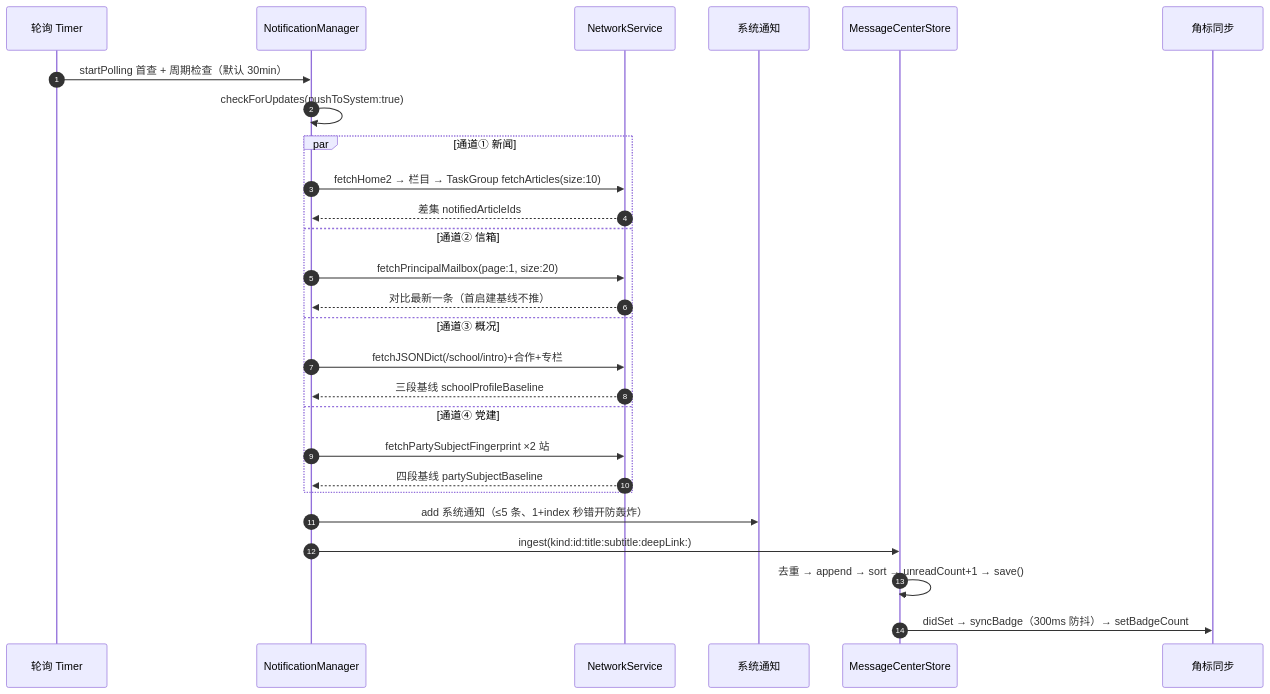
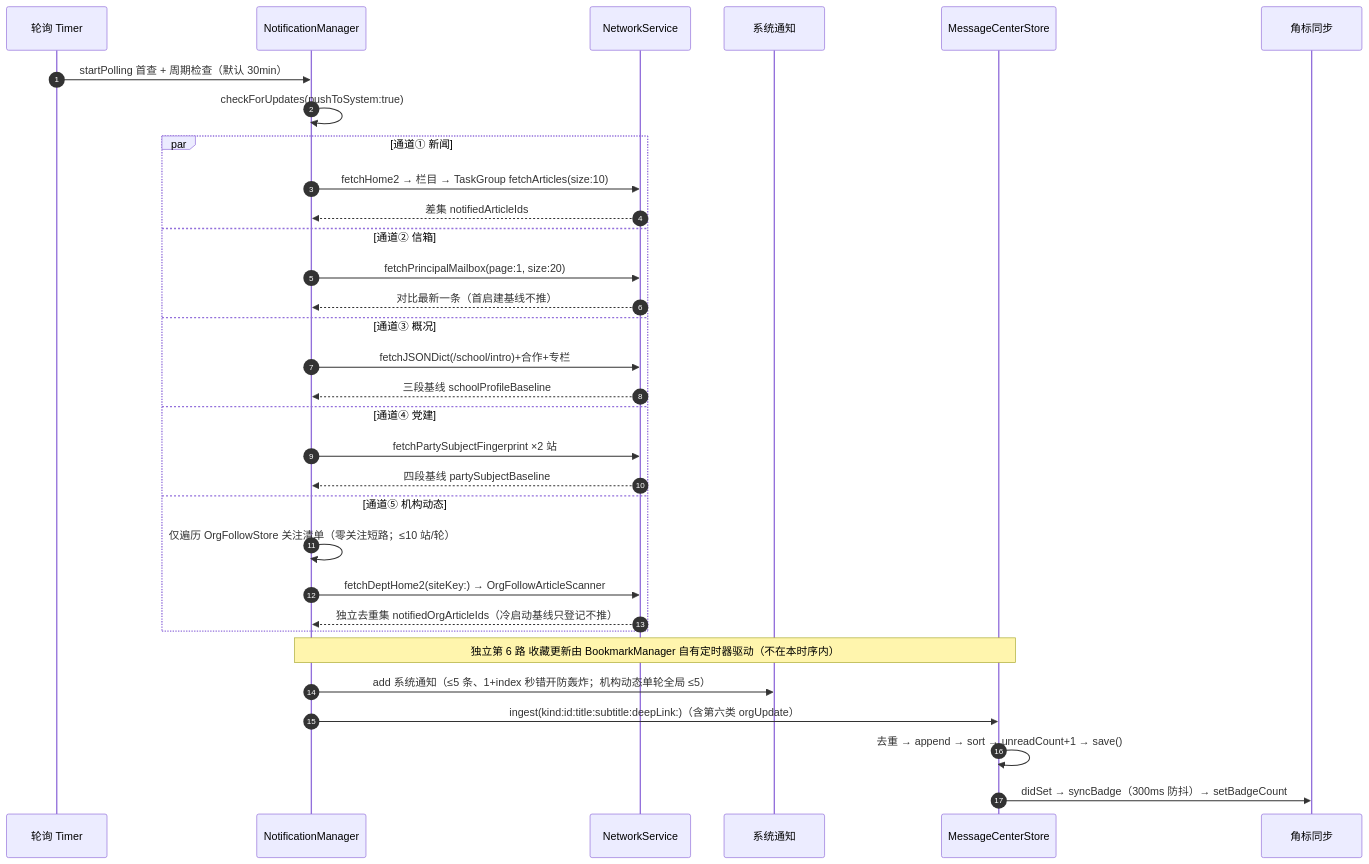
One commit to kkkh/demo changed the second of 6 diagrams in qin/docs/code-wiki/06-接口契约与调用链.md. Above: the diagram before and after it, drawn with Mermaid. The commit also changed other lines of this file and 5 other files, not shown here.

````diff
--- a/qin/docs/code-wiki/06-接口契约与调用链.md
+++ b/qin/docs/code-wiki/06-接口契约与调用链.md
@@ -203,29 +215,34 @@
 ```mermaid
 sequenceDiagram
     autonumber
     participant Timer as 轮询 Timer
     participant NM as NotificationManager
     participant NS as NetworkService
     participant Sys as 系统通知
     participant MC as MessageCenterStore
     participant Badge as 角标同步
     Timer->>NM: startPolling 首查 + 周期检查（默认 30min）
     NM->>NM: checkForUpdates(pushToSystem:true)
     par 通道① 新闻
         NM->>NS: fetchHome2 → 栏目 → TaskGroup fetchArticles(size:10)
         NS-->>NM: 差集 notifiedArticleIds
     and 通道② 信箱
         NM->>NS: fetchPrincipalMailbox(page:1, size:20)
         NS-->>NM: 对比最新一条（首启建基线不推）
     and 通道③ 概况
         NM->>NS: fetchJSONDict(/school/intro)+合作+专栏
         NS-->>NM: 三段基线 schoolProfileBaseline
     and 通道④ 党建
         NM->>NS: fetchPartySubjectFingerprint ×2 站
         NS-->>NM: 四段基线 partySubjectBaseline
+    and 通道⑤ 机构动态
+        NM->>NM: 仅遍历 OrgFollowStore 关注清单（零关注短路；≤10 站/轮）
+        NM->>NS: fetchDeptHome2(siteKey:) → OrgFollowArticleScanner
+        NS-->>NM: 独立去重集 notifiedOrgArticleIds（冷启动基线只登记不推）
     end
-    NM->>Sys: add 系统通知（≤5 条、1+index 秒错开防轰炸）
-    NM->>MC: ingest(kind:id:title:subtitle:deepLink:)
+    Note over NM,MC: 独立第 6 路 收藏更新由 BookmarkManager 自有定时器驱动（不在本时序内）
+    NM->>Sys: add 系统通知（≤5 条、1+index 秒错开防轰炸；机构动态单轮全局 ≤5）
+    NM->>MC: ingest(kind:id:title:subtitle:deepLink:)（含第六类 orgUpdate）
     MC->>MC: 去重 → append → sort → unreadCount+1 → save()
     MC->>Badge: didSet → syncBadge（300ms 防抖）→ setBadgeCount
 ```
````
